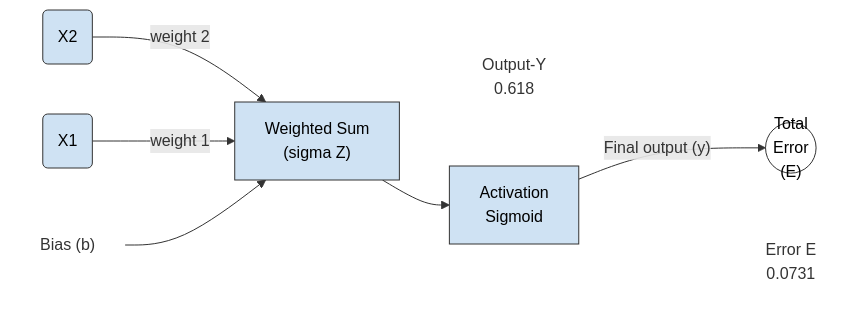
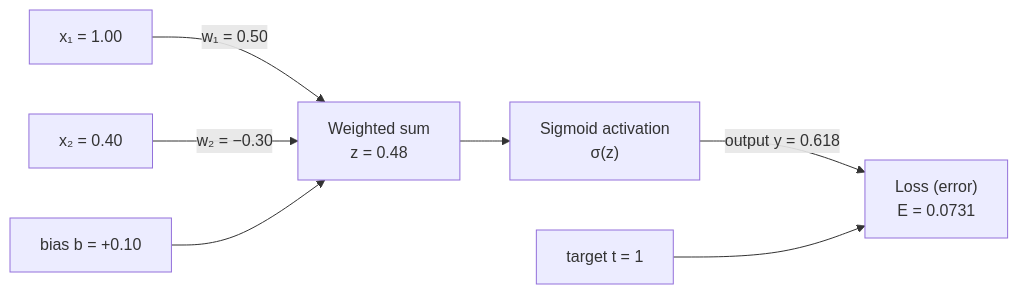
The fifth of 5 diagrams in content/Introduction to Connectionist AI.md (melindaox0103/2026-2027-AI-Class-Infihhnite), drawn with Mermaid before and after one commit. The commit also changed other lines of this file, not shown here.

````diff
--- a/content/Introduction to Connectionist AI.md
+++ b/content/Introduction to Connectionist AI.md
@@ -1274,25 +1323,9 @@
 ```mermaid
 flowchart LR
-    B["Bias (b)"]
-    X1("X1")
-    X2("X2")
-    R1["Output-Y<br/>0.618"]
-    R2["Error E<br/>0.0731"]
-    S["Weighted Sum<br/>(sigma Z)"]
-    A["Activation<br/>Sigmoid"]
-    E(("Total<br/>Error<br/>(E)"))
-
-    X2 -->|weight 2| S
-    X1 -->|weight 1| S
-    B --> S
-    S --> A
-    A -->|"Final output (y)"| E
-    S ~~~ R1
-    A ~~~ R2
-
-    classDef box fill:#cfe2f3,stroke:#333,color:#000
-    classDef plain fill:none,stroke:none
-    class X1,X2,S,A box
-    class R1,R2,B plain
-    style E fill:#fff,stroke:#333,color:#000
+    x1["x₁ = 1.00"] -->|"w₁ = 0.50"| S["Weighted sum<br/>z = 0.48"]
+    x2["x₂ = 0.40"] -->|"w₂ = −0.30"| S
+    b["bias b = +0.10"] --> S
+    S --> A["Sigmoid activation<br/>σ(z)"]
+    A -->|"output y = 0.618"| L["Loss (error)<br/>E = 0.0731"]
+    T["target t = 1"] --> L
 ```
````
